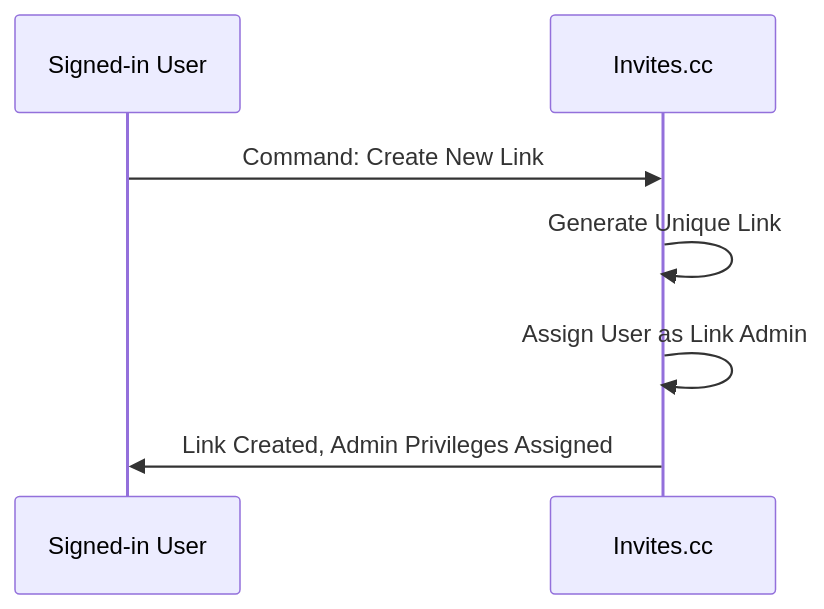
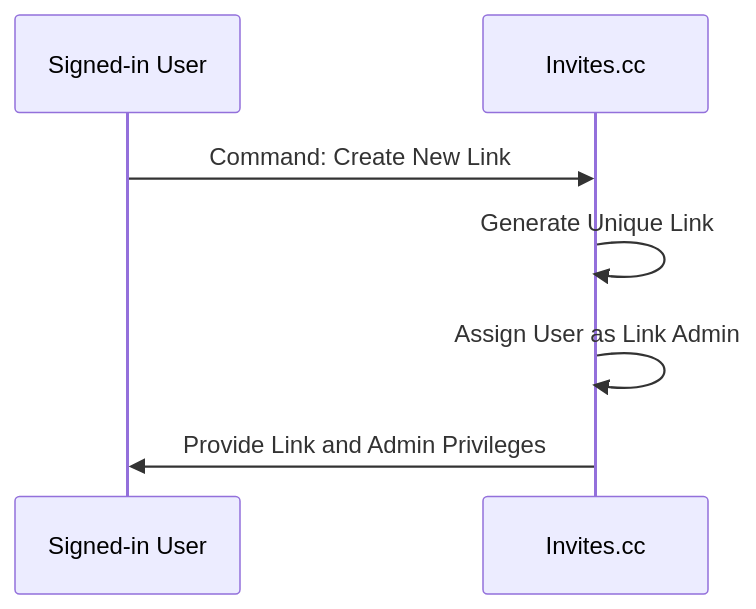
Before and after one commit to ichilabs/invites.cc: the second of 13 diagrams in docs/design-doc.md, drawn with Mermaid. The commit also changed other lines of this file, not shown here.

````diff
--- a/docs/design-doc.md
+++ b/docs/design-doc.md
@@ -50,9 +182,10 @@
 ```mermaid
 sequenceDiagram
     participant User as Signed-in User
     participant Invites as Invites.cc
+    
     User ->> Invites: Command: Create New Link
     Invites ->> Invites: Generate Unique Link
     Invites ->> Invites: Assign User as Link Admin
-    Invites ->> User: Link Created, Admin Privileges Assigned
+    Invites ->> User: Provide Link and Admin Privileges
 ```
````
